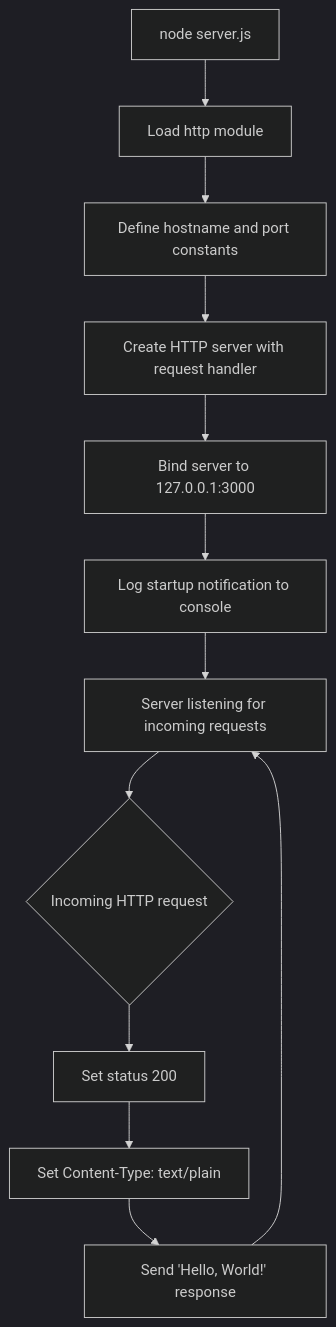
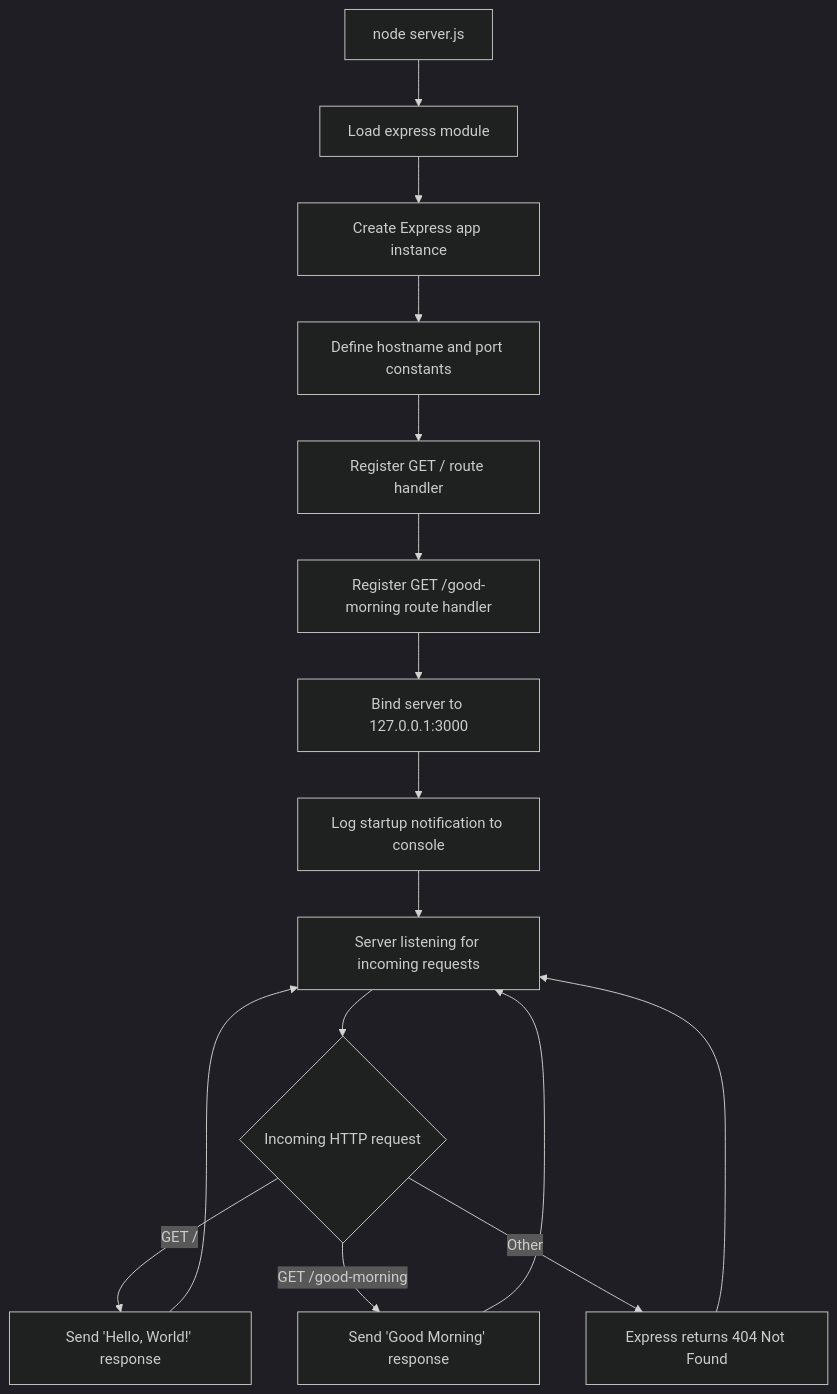
Before and after one commit to Sandeep04-git/01-ExistingProject-25-feb-New-repo: the second of 2 diagrams in README.md, drawn with Mermaid (dark theme). The commit also changed other lines of this file and 4 other files, not shown here.

First line of the commit message:
Add Express.js with /good-morning endpoint, update docs

````diff
--- a/README.md
+++ b/README.md
@@ -347,14 +397,18 @@
 ```mermaid
 flowchart TD
-    A[node server.js] --> B[Load http module]
-    B --> C[Define hostname and port constants]
-    C --> D[Create HTTP server with request handler]
-    D --> E[Bind server to 127.0.0.1:3000]
-    E --> F[Log startup notification to console]
-    F --> G[Server listening for incoming requests]
-    G --> H{Incoming HTTP request}
-    H --> I[Set status 200]
-    I --> J[Set Content-Type: text/plain]
-    J --> K["Send 'Hello, World!' response"]
-    K --> G
+    A[node server.js] --> B[Load express module]
+    B --> C[Create Express app instance]
+    C --> D[Define hostname and port constants]
+    D --> E["Register GET / route handler"]
+    E --> F["Register GET /good-morning route handler"]
+    F --> G[Bind server to 127.0.0.1:3000]
+    G --> H[Log startup notification to console]
+    H --> I[Server listening for incoming requests]
+    I --> J{Incoming HTTP request}
+    J -->|GET /| K["Send 'Hello, World!' response"]
+    J -->|GET /good-morning| L["Send 'Good Morning' response"]
+    J -->|Other| M[Express returns 404 Not Found]
+    K --> I
+    L --> I
+    M --> I
 ```
````
